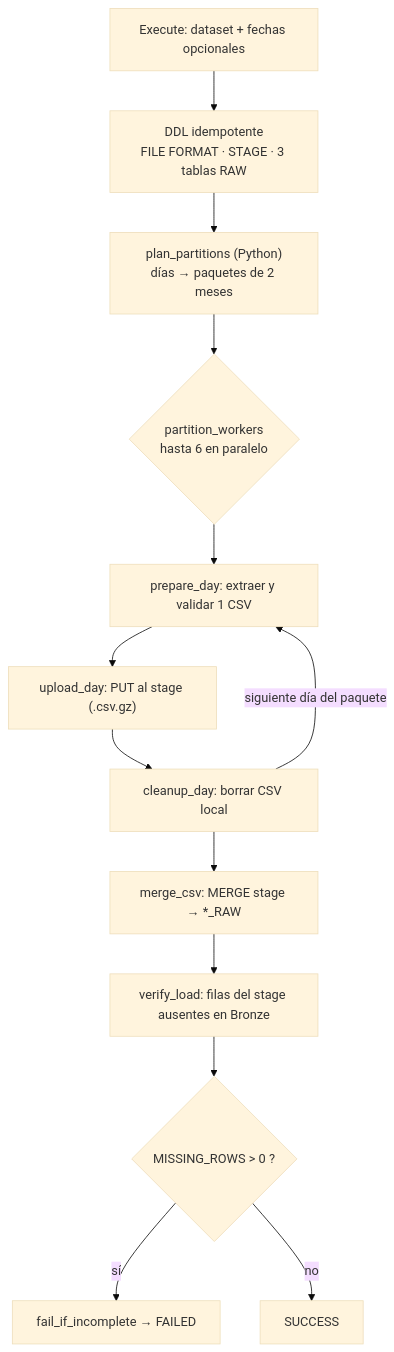
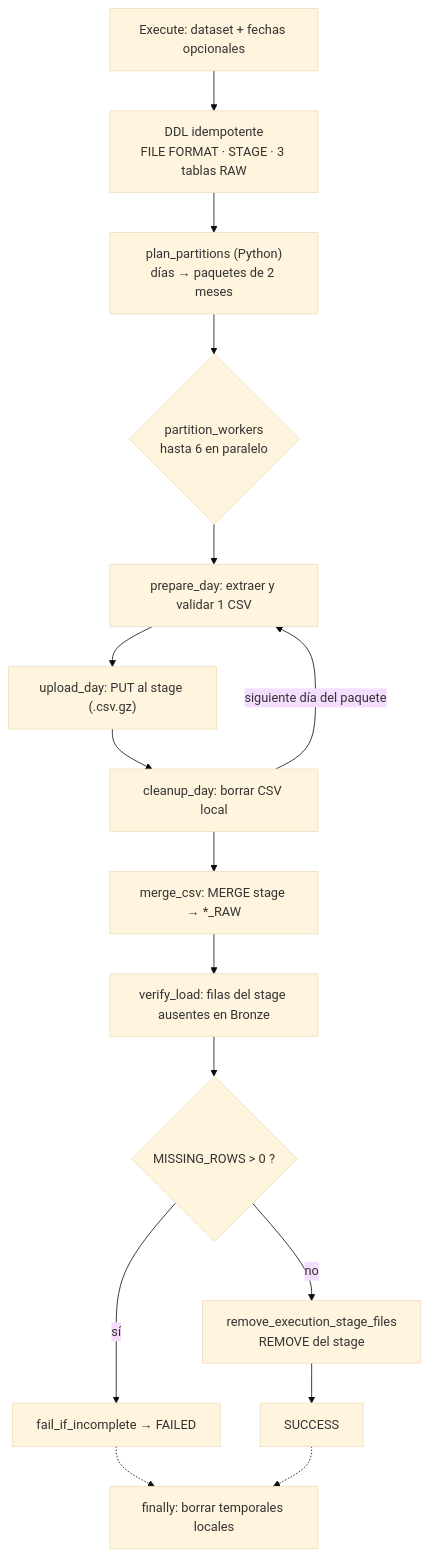
One commit to Volv1t3/Ciencia-De-Datos changed the diagram in src/main/psets/pset_2/docs/02_ingesta_kestra.md. Above: the diagram before and after it, drawn with Mermaid (base theme). The commit also changed other lines of this file and 27 other files, not shown here.

First line of the commit message:
docs(pset2): documentar trigger, backfill y orquestacion; diagramas exportados

````diff
--- a/src/main/psets/pset_2/docs/02_ingesta_kestra.md
+++ b/src/main/psets/pset_2/docs/02_ingesta_kestra.md
@@ -25,15 +25,18 @@
 ```mermaid
 flowchart TD
     I["Execute: dataset + fechas opcionales"] --> DDL["DDL idempotente<br/>FILE FORMAT · STAGE · 3 tablas RAW"]
     DDL --> P["plan_partitions (Python)<br/>días → paquetes de 2 meses"]
     P --> W{"partition_workers<br/>hasta 6 en paralelo"}
     W --> E["prepare_day: extraer y validar 1 CSV"]
     E --> U["upload_day: PUT al stage (.csv.gz)"]
     U --> C["cleanup_day: borrar CSV local"]
     C -->|"siguiente día del paquete"| E
     C --> M["merge_csv: MERGE stage → *_RAW"]
     M --> V["verify_load: filas del stage ausentes en Bronze"]
     V --> F{"MISSING_ROWS > 0 ?"}
     F -->|sí| X["fail_if_incomplete → FAILED"]
-    F -->|no| OK["SUCCESS"]
+    F -->|no| RM["remove_execution_stage_files<br/>REMOVE del stage"]
+    RM --> OK["SUCCESS"]
+    X -.-> FIN["finally: borrar temporales locales"]
+    OK -.-> FIN
 ```
````
